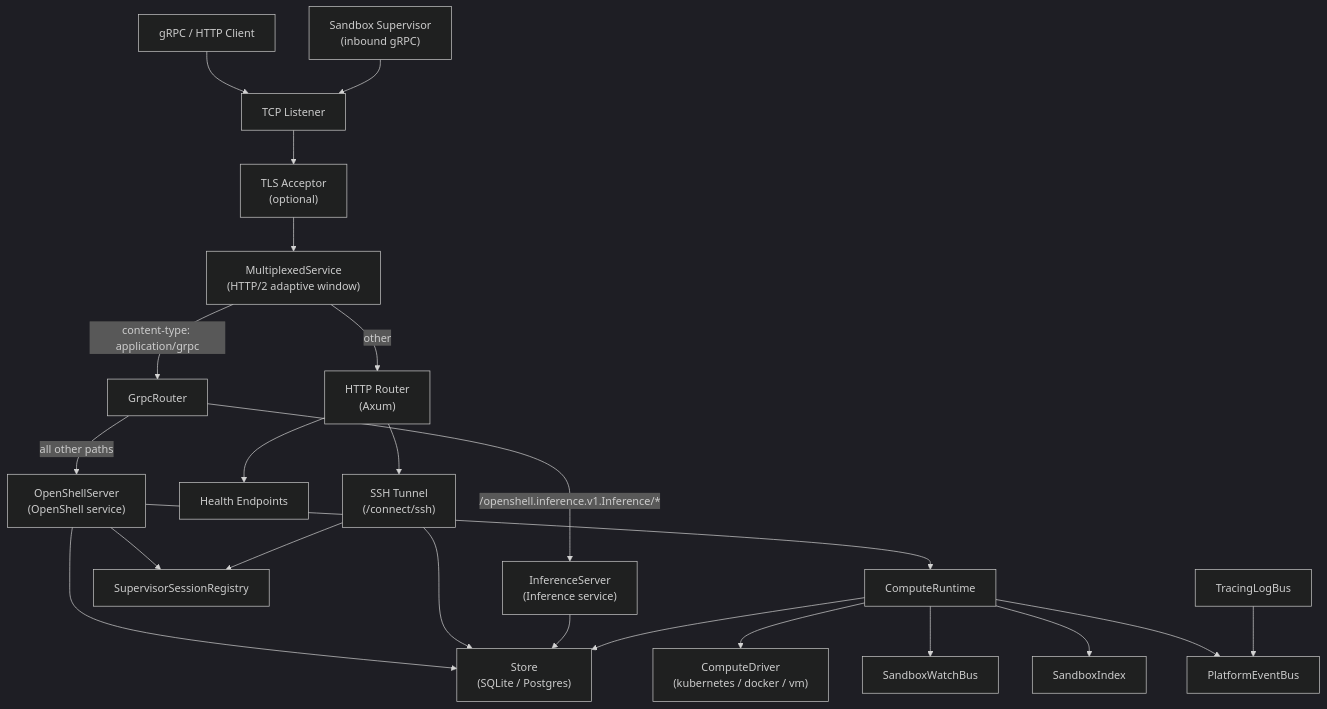
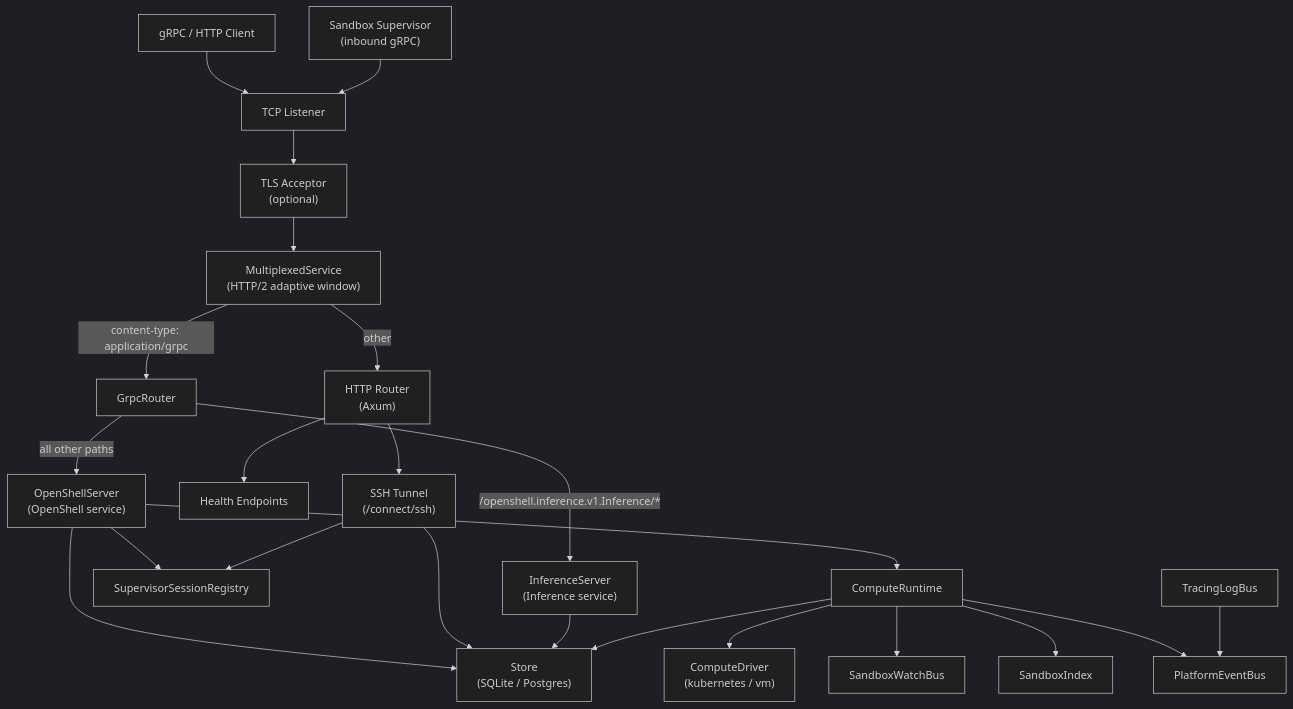
Before and after one commit to NVIDIA/OpenShell: the first of 3 diagrams in architecture/gateway.md, drawn with Mermaid (dark theme). The commit also changed other lines of this file and 2 other files, not shown here.

Commit message:
chore(docs): drop docker driver documentation

````diff
--- a/architecture/gateway.md
+++ b/architecture/gateway.md
@@ -13,45 +13,45 @@
 ```mermaid
 graph TD
     Client["gRPC / HTTP Client"]
     Supervisor["Sandbox Supervisor<br/>(inbound gRPC)"]
     TCP["TCP Listener"]
     TLS["TLS Acceptor<br/>(optional)"]
     MUX["MultiplexedService<br/>(HTTP/2 adaptive window)"]
     GRPC_ROUTER["GrpcRouter"]
     NAV["OpenShellServer<br/>(OpenShell service)"]
     INF["InferenceServer<br/>(Inference service)"]
     HTTP["HTTP Router<br/>(Axum)"]
     HEALTH["Health Endpoints"]
     SSH_TUNNEL["SSH Tunnel<br/>(/connect/ssh)"]
     SUP_REG["SupervisorSessionRegistry"]
     STORE["Store<br/>(SQLite / Postgres)"]
     COMPUTE["ComputeRuntime"]
-    DRIVER["ComputeDriver<br/>(kubernetes / docker / vm)"]
+    DRIVER["ComputeDriver<br/>(kubernetes / vm)"]
     WATCH_BUS["SandboxWatchBus"]
     LOG_BUS["TracingLogBus"]
     PLAT_BUS["PlatformEventBus"]
     INDEX["SandboxIndex"]
 
     Client --> TCP
     Supervisor --> TCP
     TCP --> TLS
     TLS --> MUX
     MUX -->|"content-type: application/grpc"| GRPC_ROUTER
     MUX -->|"other"| HTTP
     GRPC_ROUTER -->|"/openshell.inference.v1.Inference/*"| INF
     GRPC_ROUTER -->|"all other paths"| NAV
     HTTP --> HEALTH
     HTTP --> SSH_TUNNEL
     NAV --> STORE
     NAV --> COMPUTE
     NAV --> SUP_REG
     SSH_TUNNEL --> STORE
     SSH_TUNNEL --> SUP_REG
     INF --> STORE
     COMPUTE --> DRIVER
     COMPUTE --> STORE
     COMPUTE --> WATCH_BUS
     COMPUTE --> INDEX
     COMPUTE --> PLAT_BUS
     LOG_BUS --> PLAT_BUS
 ```
````
